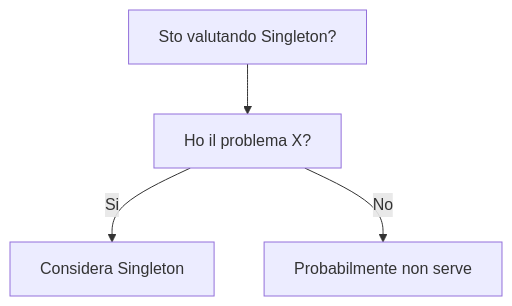
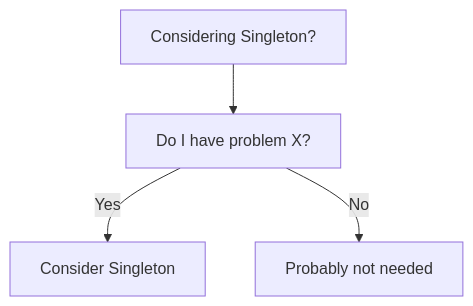
The diagram in dev-wiki/03_Design_Patterns/Creational/Singleton/When_To_Use.md (HxT9/Software-Dev-Wiki), drawn with Mermaid before and after one commit. The commit also changed other lines of this file and 3444 other files, not shown here.

````diff
--- a/dev-wiki/03_Design_Patterns/Creational/Singleton/When_To_Use.md
+++ b/dev-wiki/03_Design_Patterns/Creational/Singleton/When_To_Use.md
@@ -19,6 +19,6 @@
 ```mermaid
 flowchart TD
-  Q[Sto valutando Singleton?] --> Q1[Ho il problema X?]
-  Q1 -->|Si| OK[Considera Singleton]
-  Q1 -->|No| NO[Probabilmente non serve]
+  Q[Considering Singleton?] --> Q1[Do I have problem X?]
+  Q1 -->|Yes| OK[Consider Singleton]
+  Q1 -->|No| NO[Probably not needed]
 ```
````
